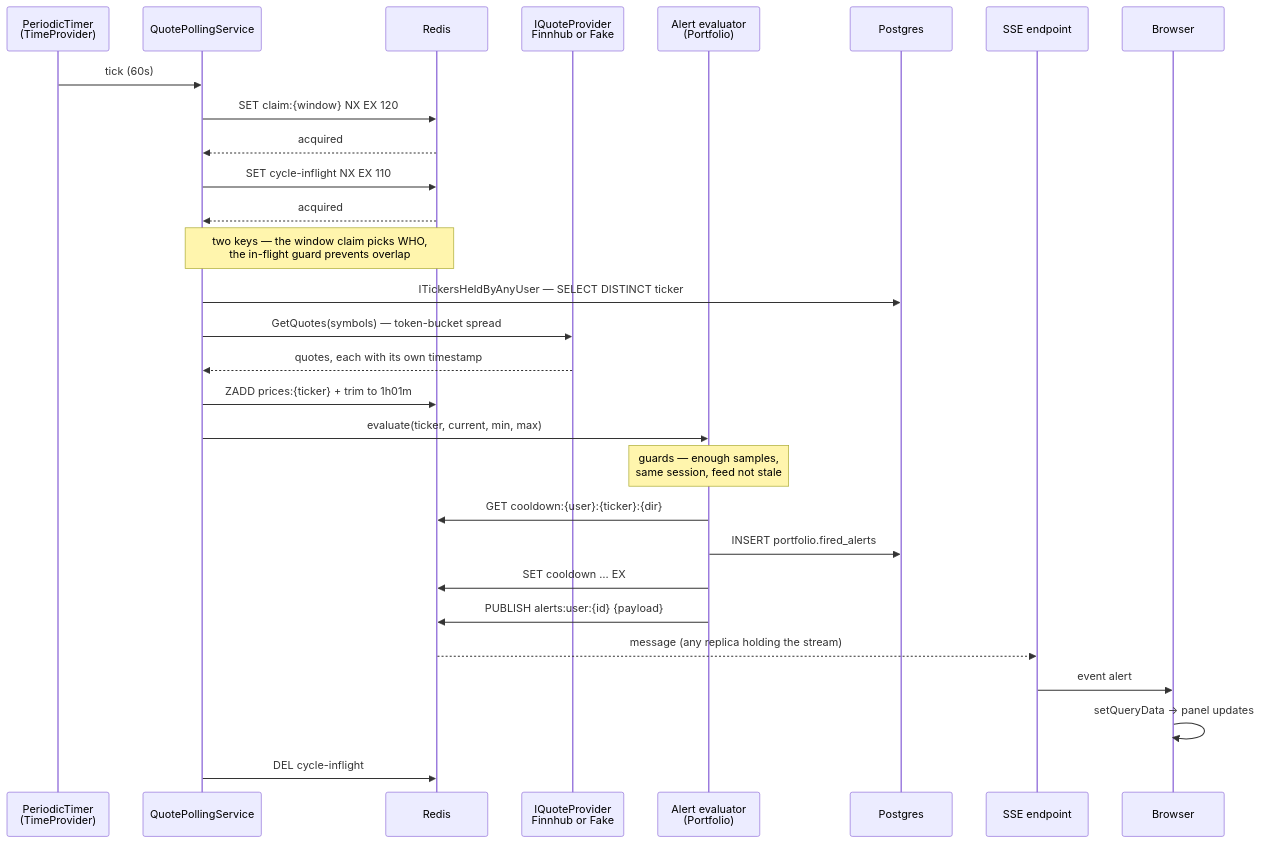
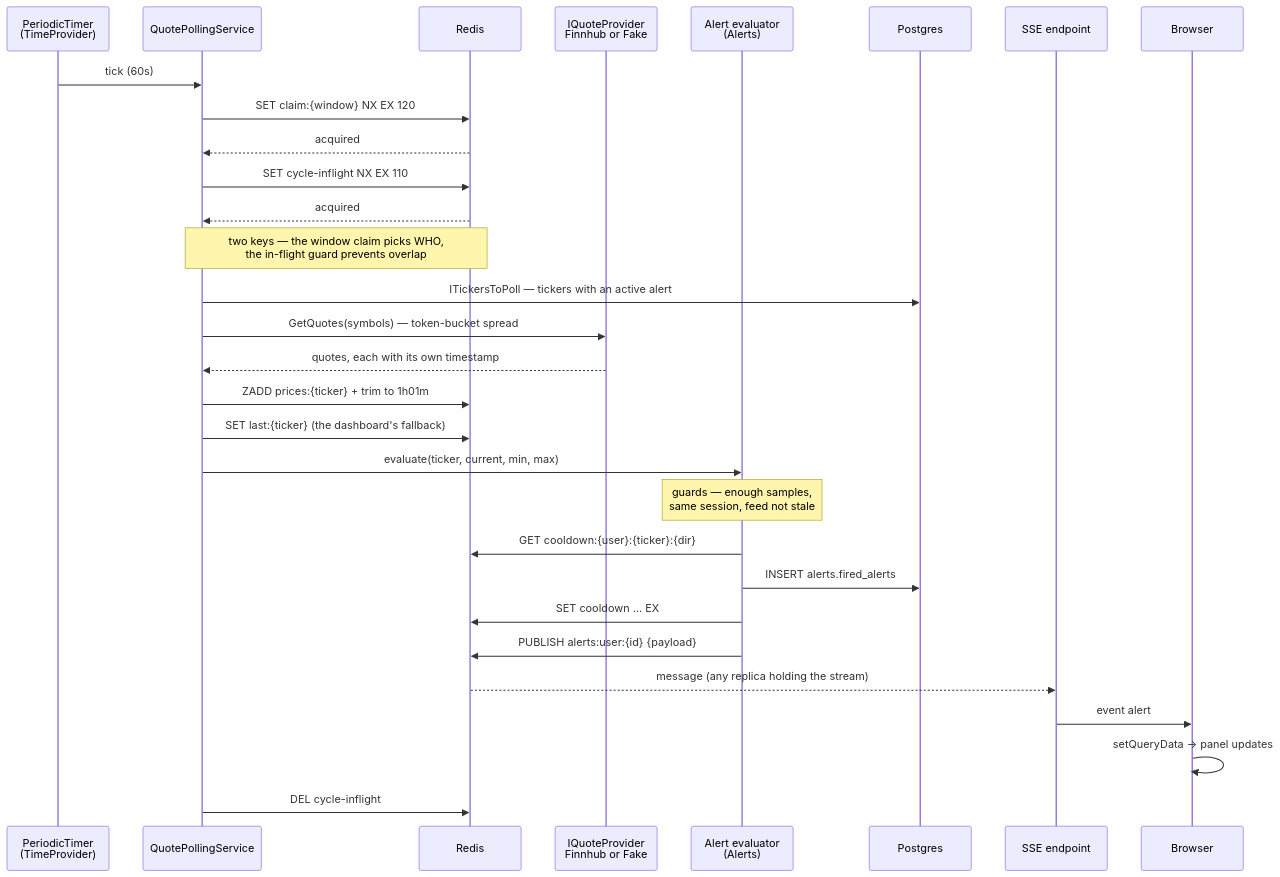
Before and after one commit to Dilicidum/StockPortfolio: the second of 4 diagrams in docs/plan/module-interactions.md, drawn with Mermaid. The commit also changed other lines of this file and 10 other files, not shown here.

````diff
--- a/docs/plan/module-interactions.md
+++ b/docs/plan/module-interactions.md
@@ -81,36 +106,37 @@
 ```mermaid
 sequenceDiagram
     participant T as PeriodicTimer<br/>(TimeProvider)
     participant P as QuotePollingService
     participant R as Redis
     participant F as IQuoteProvider<br/>Finnhub or Fake
-    participant E as Alert evaluator<br/>(Portfolio)
+    participant E as Alert evaluator<br/>(Alerts)
     participant DB as Postgres
     participant S as SSE endpoint
     participant B as Browser
 
     T->>P: tick (60s)
     P->>R: SET claim:{window} NX EX 120
     R-->>P: acquired
     P->>R: SET cycle-inflight NX EX 110
     R-->>P: acquired
     Note over P,R: two keys — the window claim picks WHO,<br/>the in-flight guard prevents overlap
 
-    P->>DB: ITickersHeldByAnyUser — SELECT DISTINCT ticker
+    P->>DB: ITickersToPoll — tickers with an active alert
     P->>F: GetQuotes(symbols) — token-bucket spread
     F-->>P: quotes, each with its own timestamp
     P->>R: ZADD prices:{ticker} + trim to 1h01m
+    P->>R: SET last:{ticker} (the dashboard's fallback)
 
     P->>E: evaluate(ticker, current, min, max)
     Note over E: guards — enough samples,<br/>same session, feed not stale
     E->>R: GET cooldown:{user}:{ticker}:{dir}
-    E->>DB: INSERT portfolio.fired_alerts
+    E->>DB: INSERT alerts.fired_alerts
     E->>R: SET cooldown … EX
     E->>R: PUBLISH alerts:user:{id} {payload}
 
     R-->>S: message (any replica holding the stream)
     S->>B: event alert
     B->>B: setQueryData → panel updates
 
     P->>R: DEL cycle-inflight
 ```
````
